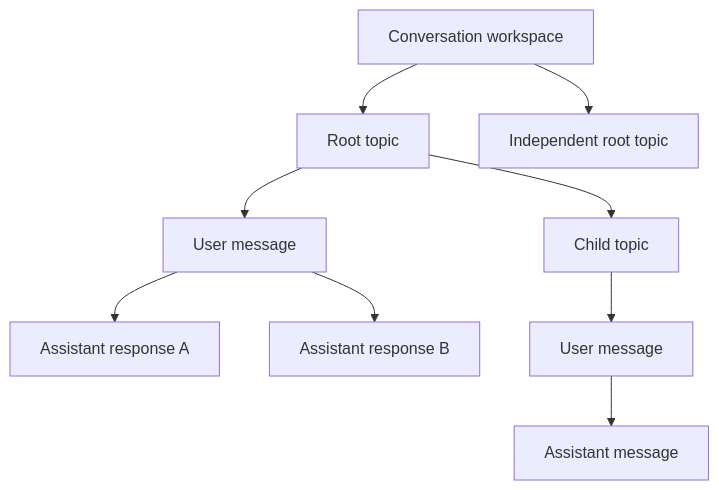
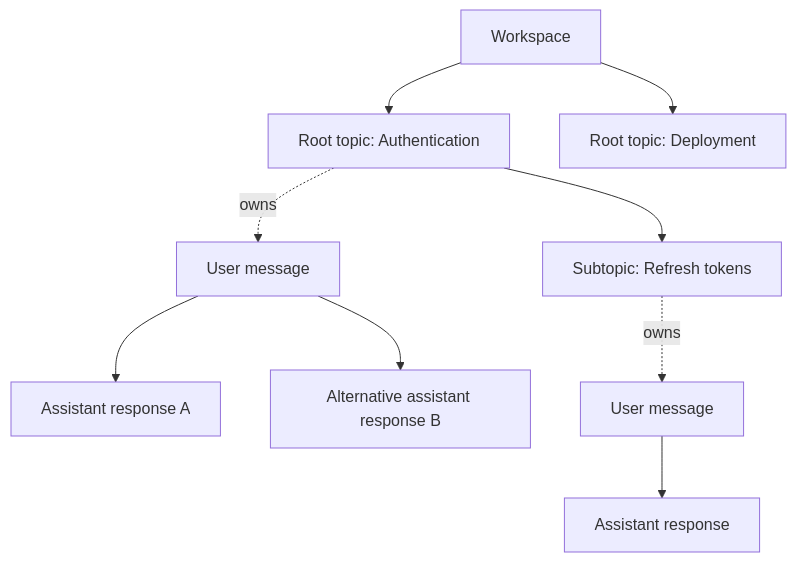
One commit to debuggingsam/ArborAI changed the diagram in docs/product-model.md. Above: the diagram before and after it, drawn with Mermaid. The commit also changed other lines of this file and 20 other files, not shown here.

````diff
--- a/docs/product-model.md
+++ b/docs/product-model.md
@@ -13,11 +30,11 @@
 ```mermaid
 flowchart TD
-  W[Conversation workspace] --> T1[Root topic]
-  W --> T2[Independent root topic]
-  T1 --> ST[Child topic]
-  T1 --> M1[User message]
-  M1 --> A1[Assistant response A]
-  M1 --> A2[Assistant response B]
-  ST --> M2[User message]
-  M2 --> A3[Assistant message]
+  W[Workspace] --> R1[Root topic: Authentication]
+  W --> R2[Root topic: Deployment]
+  R1 --> S[Subtopic: Refresh tokens]
+  R1 -. owns .-> U1[User message]
+  U1 --> A1[Assistant response A]
+  U1 --> A2[Alternative assistant response B]
+  S -. owns .-> U2[User message]
+  U2 --> A3[Assistant response]
 ```
````
